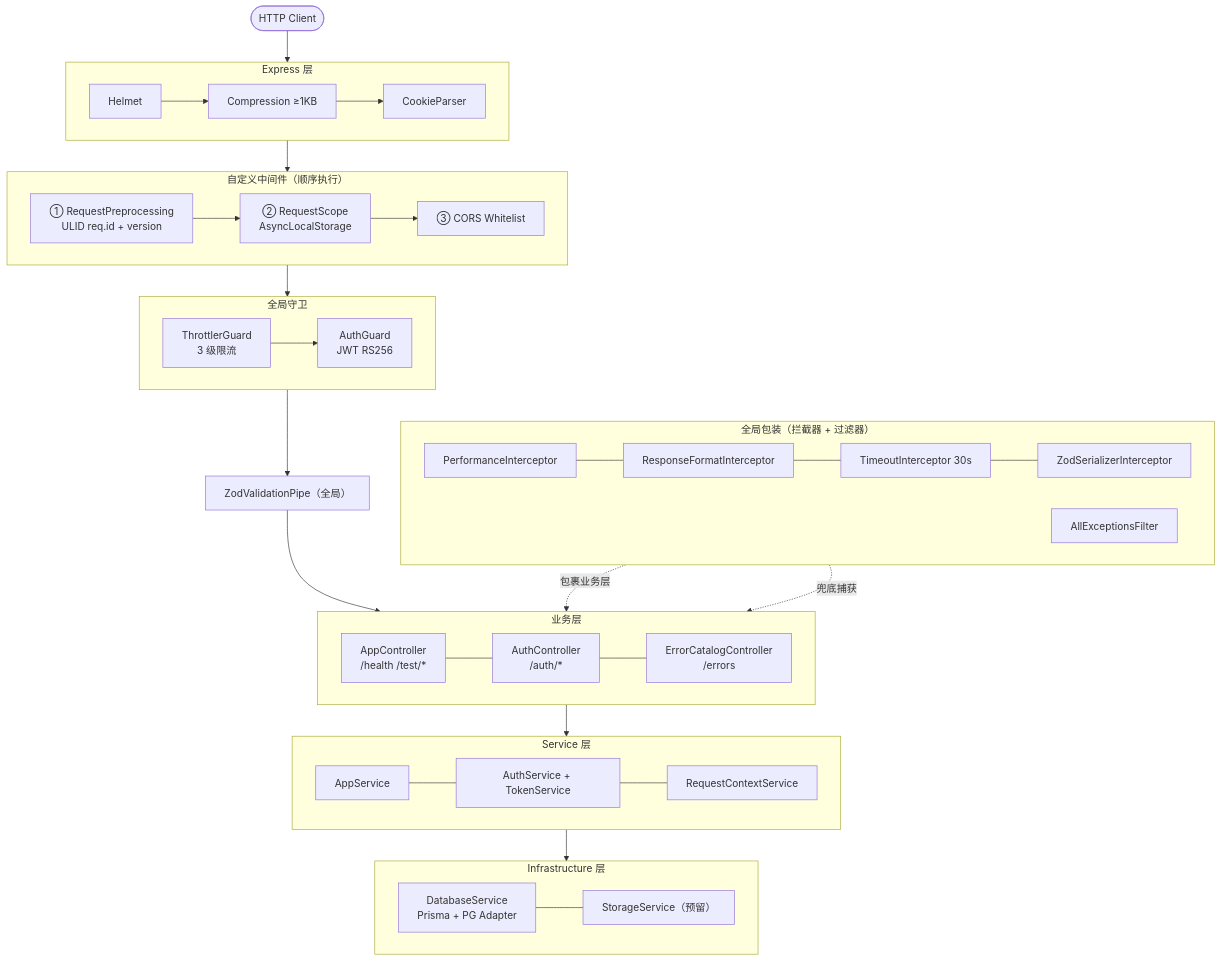
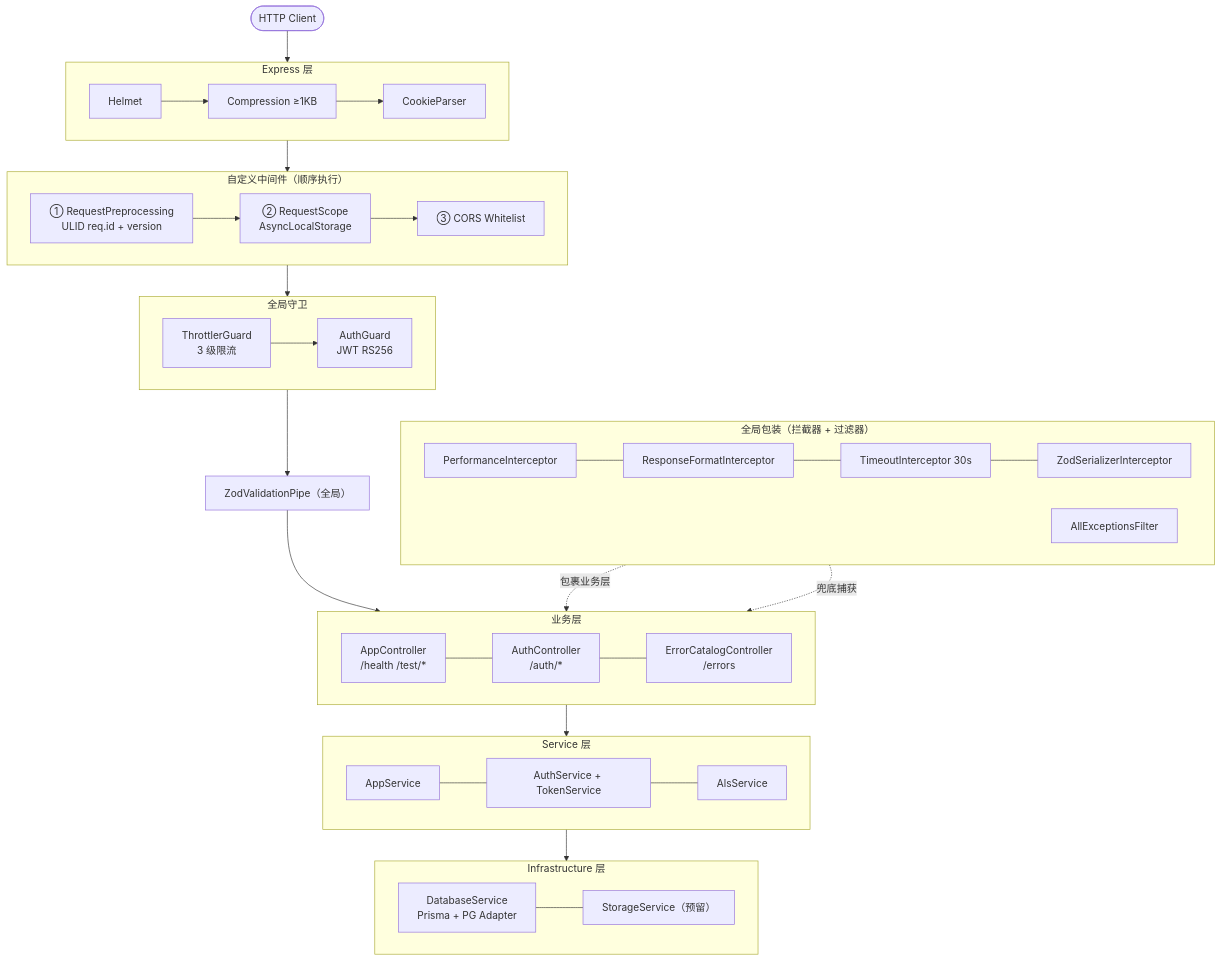
The diagram in docs/02-architecture/project-architecture-overview.md (gdmuna/NestJS-Scaffold), drawn with Mermaid before and after one commit. The commit also changed other lines of this file and 20 other files, not shown here.

````diff
--- a/docs/02-architecture/project-architecture-overview.md
+++ b/docs/02-architecture/project-architecture-overview.md
@@ -44,46 +44,46 @@
 ```mermaid
 flowchart TD
     Client(["HTTP Client"])
 
     subgraph EL["Express 层"]
         direction LR
         H["Helmet"] --> Comp["Compression ≥1KB"] --> CP["CookieParser"]
     end
 
     subgraph CM["自定义中间件（顺序执行）"]
         direction LR
         RP["① RequestPreprocessing\nULID req.id + version"] --> RS["② RequestScope\nAsyncLocalStorage"] --> CORS["③ CORS Whitelist"]
     end
 
     subgraph GD["全局守卫"]
         direction LR
         TG["ThrottlerGuard\n3 级限流"] --> AG["AuthGuard\nJWT RS256"]
     end
 
     ZVP["ZodValidationPipe（全局）"]
 
     subgraph BL["业务层"]
         direction LR
         AC["AppController\n/health /test/*"] --- ATC["AuthController\n/auth/*"] --- EC["ErrorCatalogController\n/errors"]
     end
 
     subgraph SL["Service 层"]
         direction LR
-        AS["AppService"] --- AUS["AuthService + TokenService"] --- RCS["RequestContextService"]
+        AS["AppService"] --- AUS["AuthService + TokenService"] --- RCS["AlsService"]
     end
 
     subgraph IL["Infrastructure 层"]
         direction LR
         DB["DatabaseService\nPrisma + PG Adapter"] --- ST["StorageService（预留）"]
     end
 
     subgraph GW["全局包装（拦截器 + 过滤器）"]
         direction LR
         PI["PerformanceInterceptor"] --- RFI["ResponseFormatInterceptor"] --- TI["TimeoutInterceptor 30s"] --- ZSI["ZodSerializerInterceptor"]
         AEF["AllExceptionsFilter"]
     end
 
     Client --> EL --> CM --> GD --> ZVP --> BL --> SL --> IL
     GW -.包裹业务层.-> BL
     AEF -.兜底捕获.-> BL
 ```
````
